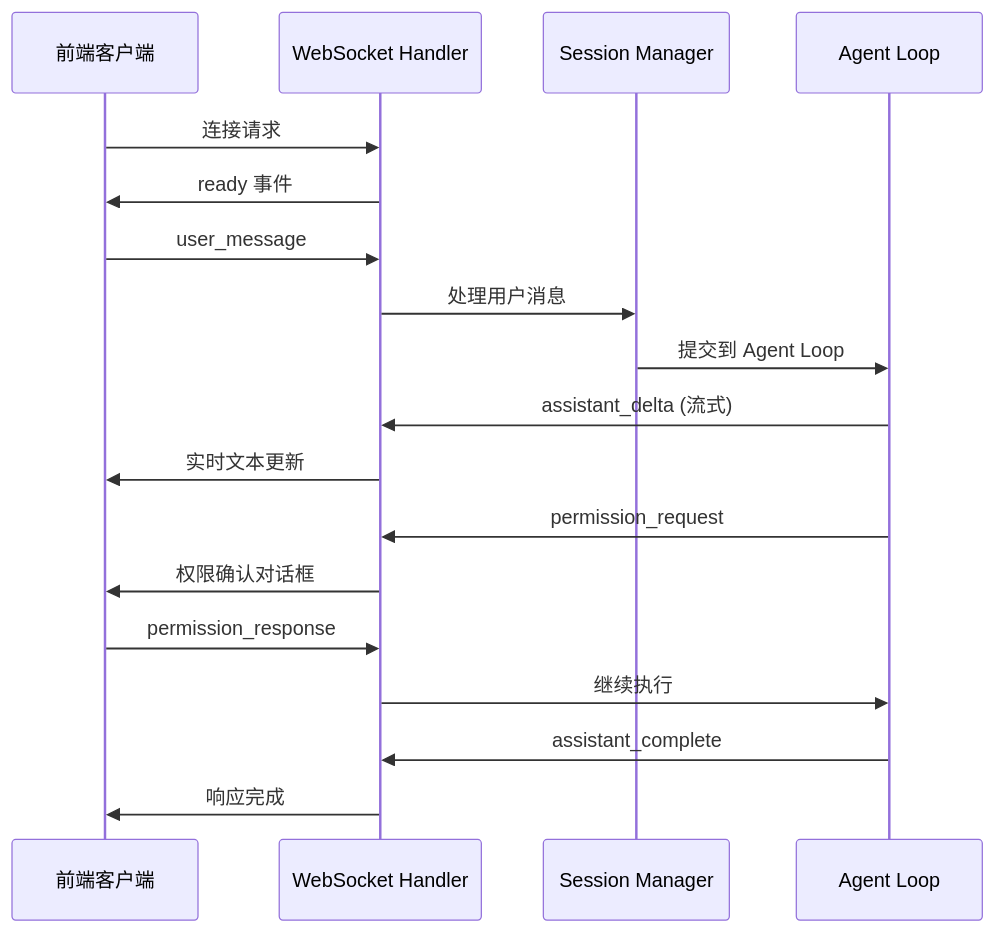
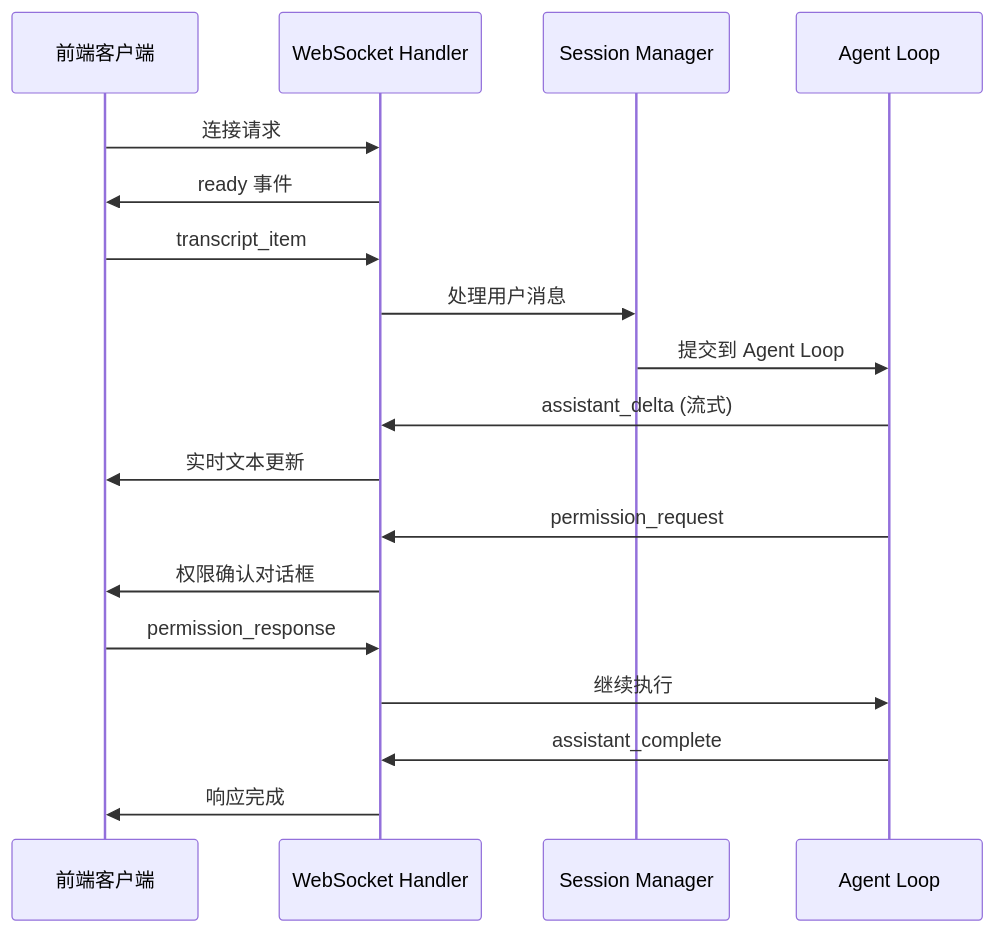
Before and after one commit to HKUDS/OpenHarness: the diagram in src/openharness/ui/web/README.md, drawn with Mermaid. The commit also changed other lines of this file and 10 other files, not shown here.

````diff
--- a/src/openharness/ui/web/README.md
+++ b/src/openharness/ui/web/README.md
@@ -231,25 +233,25 @@
 ```mermaid
 sequenceDiagram
     participant Client as 前端客户端
     participant WS as WebSocket Handler
     participant Session as Session Manager
     participant Agent as Agent Loop
 
     Client->>WS: 连接请求
     WS->>Client: ready 事件
     
-    Client->>WS: user_message
+    Client->>WS: transcript_item
     WS->>Session: 处理用户消息
     Session->>Agent: 提交到 Agent Loop
     
     Agent->>WS: assistant_delta (流式)
     WS->>Client: 实时文本更新
     
     Agent->>WS: permission_request
     WS->>Client: 权限确认对话框
     Client->>WS: permission_response
     WS->>Agent: 继续执行
     
     Agent->>WS: assistant_complete
     WS->>Client: 响应完成
 ```
````
